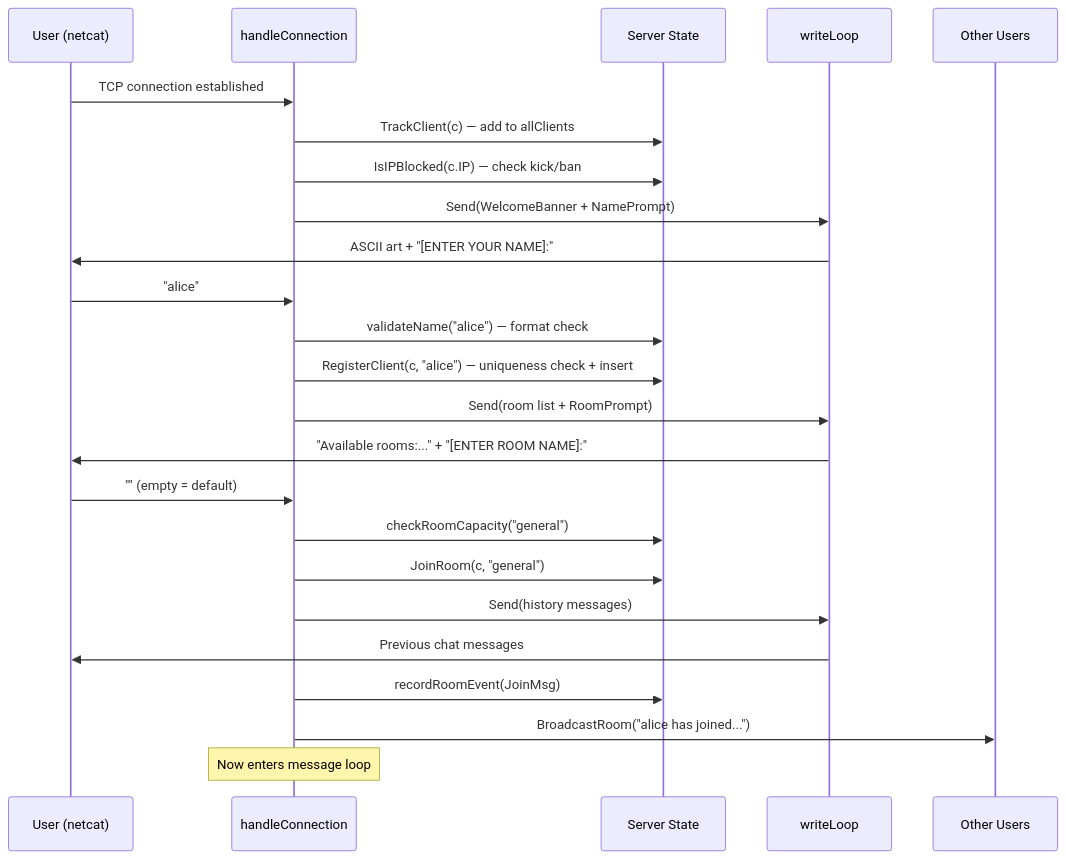
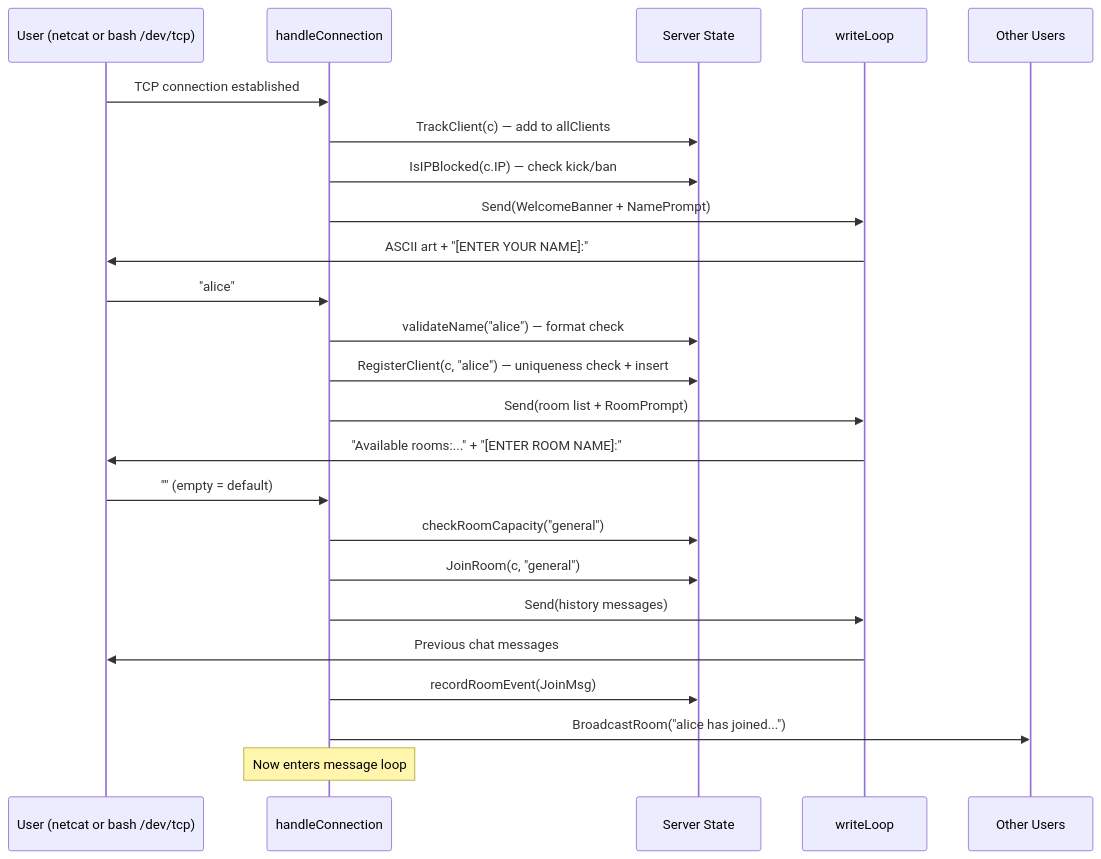
One commit to terry-xyz/net-cat changed the first of 4 diagrams in lessons/02-data-flow.md. Above: the diagram before and after it, drawn with Mermaid. The commit also changed other lines of this file and 5 other files, not shown here.

First line of the commit message:
docs: add bash /dev/tcp connection method to README and lessons

````diff
--- a/lessons/02-data-flow.md
+++ b/lessons/02-data-flow.md
@@ -26,27 +28,27 @@
 ```mermaid
 sequenceDiagram
-    participant U as User (netcat)
+    participant U as User (netcat or bash /dev/tcp)
     participant H as handleConnection
     participant S as Server State
     participant W as writeLoop
     participant O as Other Users
 
     U->>H: TCP connection established
     H->>S: TrackClient(c) — add to allClients
     H->>S: IsIPBlocked(c.IP) — check kick/ban
     H->>W: Send(WelcomeBanner + NamePrompt)
     W->>U: ASCII art + "[ENTER YOUR NAME]:"
     U->>H: "alice"
     H->>S: validateName("alice") — format check
     H->>S: RegisterClient(c, "alice") — uniqueness check + insert
     H->>W: Send(room list + RoomPrompt)
     W->>U: "Available rooms:..." + "[ENTER ROOM NAME]:"
     U->>H: "" (empty = default)
     H->>S: checkRoomCapacity("general")
     H->>S: JoinRoom(c, "general")
     H->>W: Send(history messages)
     W->>U: Previous chat messages
     H->>S: recordRoomEvent(JoinMsg)
     H->>O: BroadcastRoom("alice has joined...")
     Note over H: Now enters message loop
 ```
````
